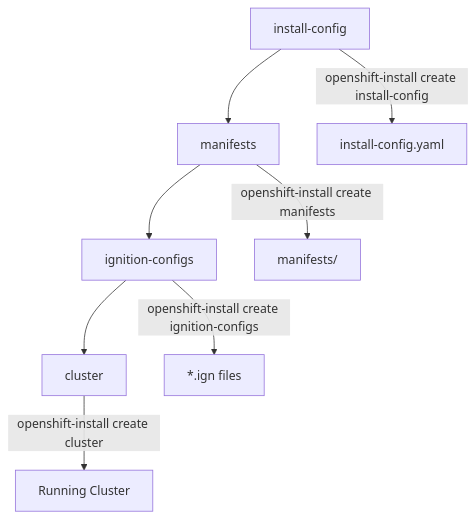
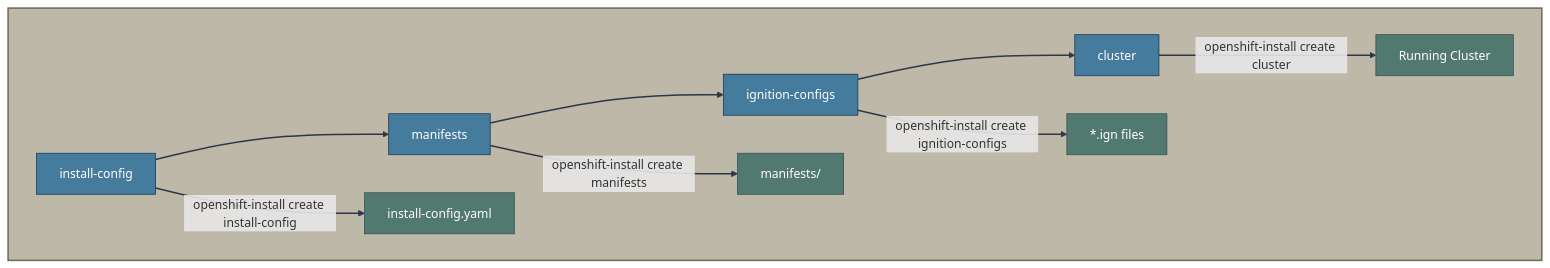
The second of 3 diagrams in 02-traditional-installers/ipi.md (zszabo-rh/openshift-install-guide), drawn with Mermaid before and after one commit. The commit also changed other lines of this file and 16 other files, not shown here.

Commit message:
improved diagram style

````diff
--- a/02-traditional-installers/ipi.md
+++ b/02-traditional-installers/ipi.md
@@ -74,11 +80,26 @@
 ```mermaid
 graph TD
-    IC[install-config] --> M[manifests]
-    M --> IG[ignition-configs]
-    IG --> C[cluster]
+    subgraph background[" "]
+        IC[install-config] --> M[manifests]
+        M --> IG[ignition-configs]
+        IG --> C[cluster]
+        
+        IC -->|"openshift-install create install-config"| IC_FILE[install-config.yaml]
+        M -->|"openshift-install create manifests"| M_DIR[manifests/]
+        IG -->|"openshift-install create ignition-configs"| IG_FILES[*.ign files]
+        C -->|"openshift-install create cluster"| RUNNING[Running Cluster]
+    end
     
-    IC -->|"openshift-install create install-config"| IC_FILE[install-config.yaml]
-    M -->|"openshift-install create manifests"| M_DIR[manifests/]
-    IG -->|"openshift-install create ignition-configs"| IG_FILES[*.ign files]
-    C -->|"openshift-install create cluster"| RUNNING[Running Cluster]
+    style IC fill:#457b9d,stroke:#1d3557,color:#fff
+    style M fill:#457b9d,stroke:#1d3557,color:#fff
+    style IG fill:#457b9d,stroke:#1d3557,color:#fff
+    style C fill:#457b9d,stroke:#1d3557,color:#fff
+    style IC_FILE fill:#52796f,stroke:#354f52,color:#fff
+    style M_DIR fill:#52796f,stroke:#354f52,color:#fff
+    style IG_FILES fill:#52796f,stroke:#354f52,color:#fff
+    style RUNNING fill:#52796f,stroke:#354f52,color:#fff
+    
+    style background fill:#beb8a8,stroke:#706858,stroke-width:2px,color:#2d2d2d
+    
+    linkStyle default stroke:#2d3748,stroke-width:2px
 ```
````
